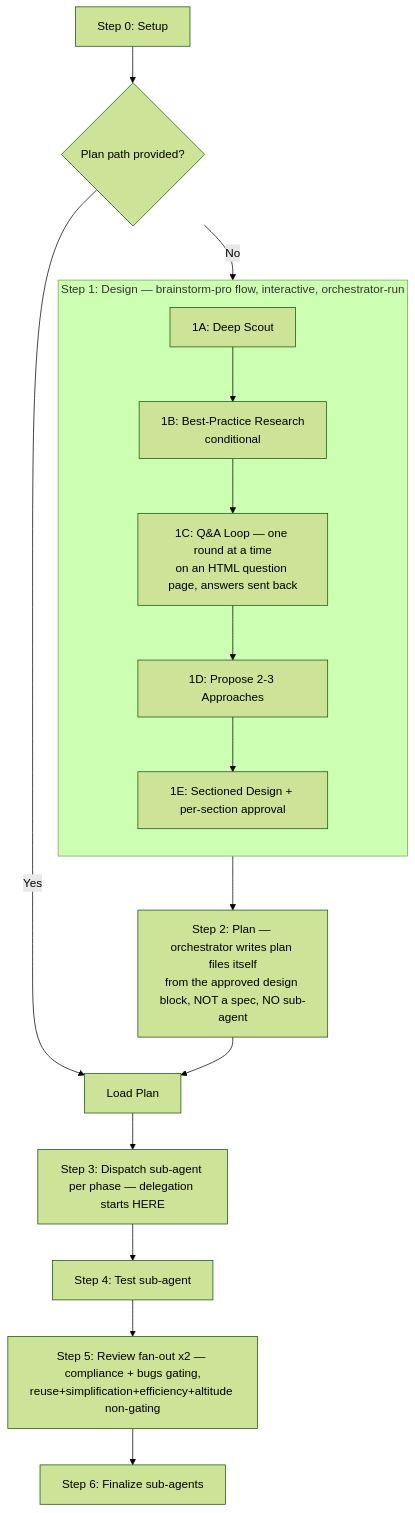
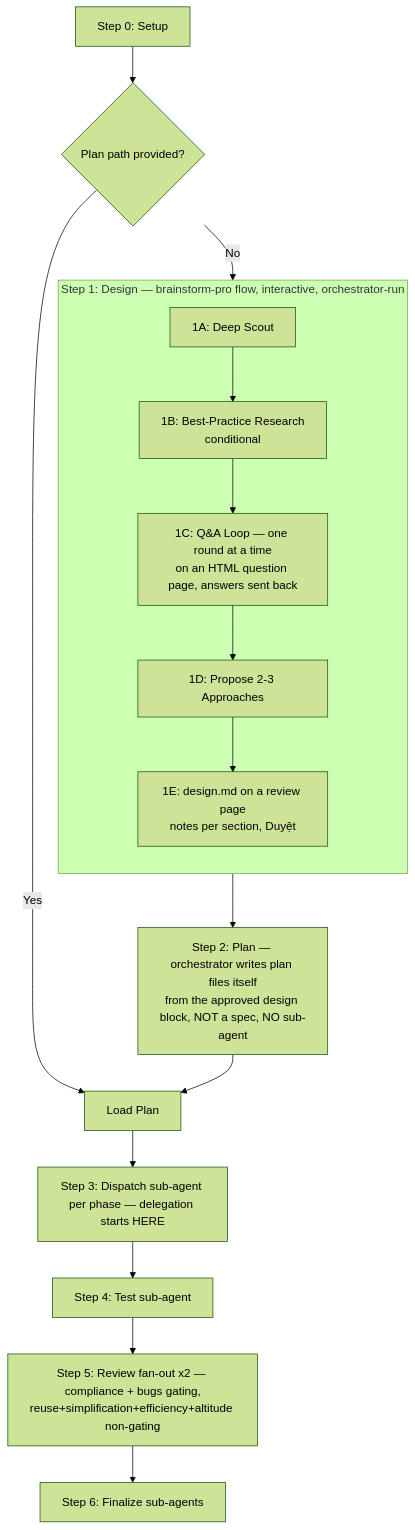
The diagram in skills/cook/SKILL.md (dphong1995/skills), drawn with Mermaid (forest theme) before and after one commit. The commit also changed other lines of this file and 13 other files, not shown here.

````diff
--- a/skills/cook/SKILL.md
+++ b/skills/cook/SKILL.md
@@ -91,19 +91,19 @@
 ```mermaid
 flowchart TD
     A[Step 0: Setup] --> B{Plan path provided?}
     B -->|Yes| F[Load Plan]
     B -->|No| C1
     subgraph S1[Step 1: Design — brainstorm-pro flow, interactive, orchestrator-run]
       direction TB
       C1[1A: Deep Scout] --> C2[1B: Best-Practice Research<br/>conditional]
       C2 --> C3[1C: Q&A Loop — one round at a time<br/>on an HTML question page, answers sent back]
       C3 --> C4[1D: Propose 2-3 Approaches]
-      C4 --> C5[1E: Sectioned Design + per-section approval]
+      C4 --> C5[1E: design.md on a review page<br/>notes per section, Duyệt]
     end
     C5 --> D[Step 2: Plan — orchestrator writes plan files itself<br/>from the approved design block, NOT a spec, NO sub-agent]
     D --> F
     F --> H[Step 3: Dispatch sub-agent per phase — delegation starts HERE]
     H --> K[Step 4: Test sub-agent]
     K --> Rev[Step 5: Review fan-out x2 — compliance + bugs gating,<br/>reuse+simplification+efficiency+altitude non-gating]
     Rev --> L[Step 6: Finalize sub-agents]
 ```
````
